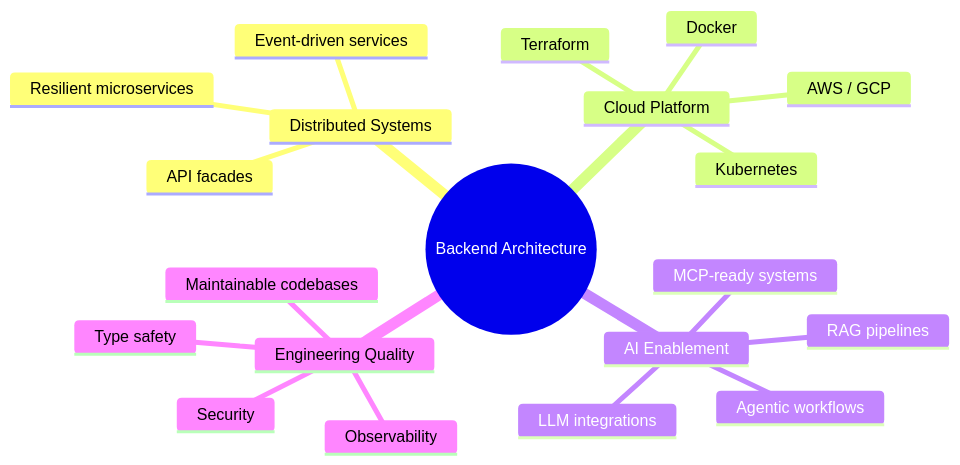
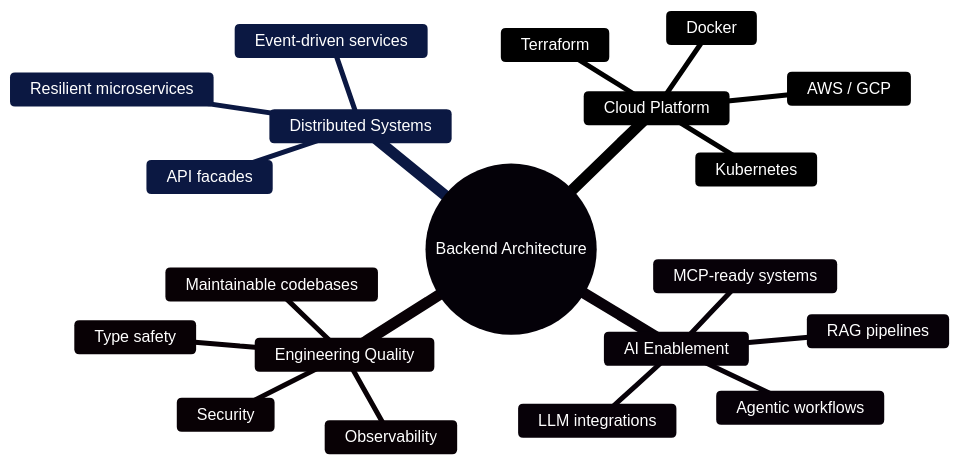
The first of 2 diagrams in README.md (meghrazchi/meghrazchi), drawn with Mermaid before and after one commit. The commit also changed other lines of this file, not shown here.

````diff
--- a/README.md
+++ b/README.md
@@ -51,23 +51,24 @@
 ```mermaid
+%%{init: {'theme': 'base', 'themeVariables': { 'primaryColor': '#3A1078', 'primaryTextColor': '#FFFFFF', 'primaryBorderColor': '#220A47', 'secondaryColor': '#1E40AF', 'tertiaryColor': '#0F172A', 'lineColor': '#8B5CF6' }}}%%
 mindmap
   root((Backend Architecture))
     Distributed Systems
       Event-driven services
       API facades
       Resilient microservices
     Cloud Platform
       Kubernetes
       AWS / GCP
       Terraform
       Docker
     AI Enablement
       LLM integrations
       RAG pipelines
       Agentic workflows
       MCP-ready systems
     Engineering Quality
       Type safety
       Observability
       Security
       Maintainable codebases
 ```
````
